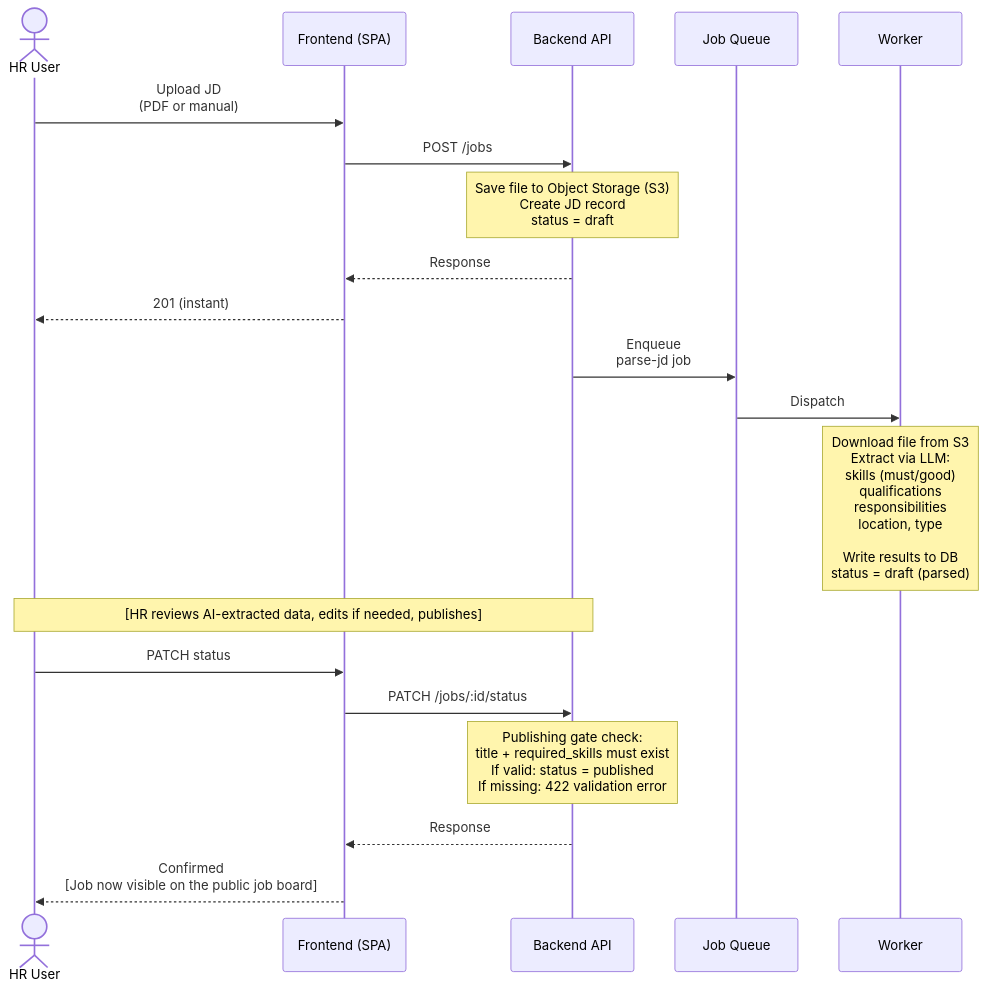
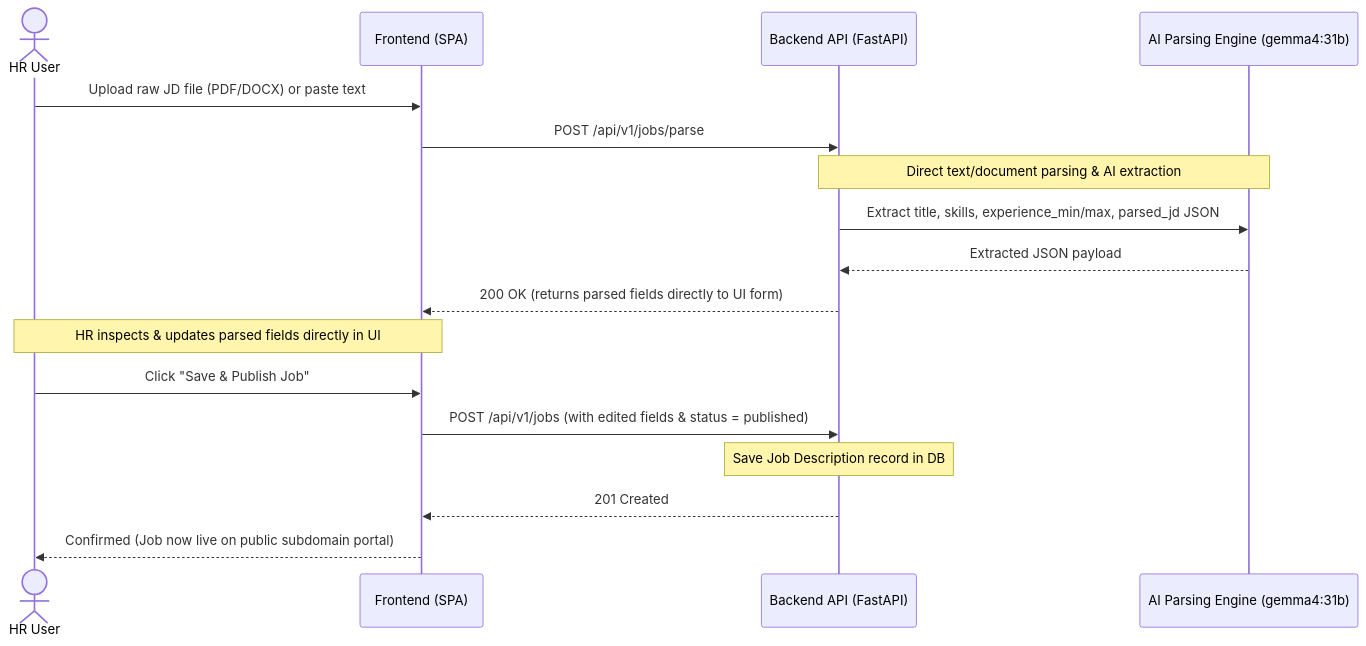
One commit to joshsoftware/EZScreen changed the second of 6 diagrams in docs/architecture/SYSTEM_DESIGN.md. Above: the diagram before and after it, drawn with Mermaid. The commit also changed other lines of this file, not shown here.

Commit message:
update system_design document

````diff
--- a/docs/architecture/SYSTEM_DESIGN.md
+++ b/docs/architecture/SYSTEM_DESIGN.md
@@ -347,25 +370,21 @@
 ```mermaid
 sequenceDiagram
     actor HR as HR User
     participant F as Frontend (SPA)
-    participant B as Backend API
-    participant Q as Job Queue
-    participant W as Worker
+    participant B as Backend API (FastAPI)
+    participant AI as AI Parsing Engine (gemma4:31b)
 
-    HR->>F: Upload JD<br/>(PDF or manual)
-    F->>B: POST /jobs
-    Note over B: Save file to Object Storage (S3)<br>Create JD record<br>status = draft
-    B-->>F: Response
-    F-->>HR: 201 (instant)
+    HR->>F: Upload raw JD file (PDF/DOCX) or paste text
+    F->>B: POST /api/v1/jobs/parse
+    Note over B,AI: Direct text/document parsing & AI extraction
+    B->>AI: Extract title, skills, experience_min/max, parsed_jd JSON
+    AI-->>B: Extracted JSON payload
+    B-->>F: 200 OK (returns parsed fields directly to UI form)
     
-    B->>Q: Enqueue<br>parse-jd job
-    Q->>W: Dispatch
-    Note over W: Download file from S3<br>Extract via LLM:<br>skills (must/good)<br>qualifications<br>responsibilities<br>location, type<br><br>Write results to DB<br>status = draft (parsed)
-    
-    Note over HR,B: [HR reviews AI-extracted data, edits if needed, publishes]
-    HR->>F: PATCH status
-    F->>B: PATCH /jobs/:id/status
-    Note over B: Publishing gate check:<br>title + required_skills must exist<br>If valid: status = published<br>If missing: 422 validation error
-    B-->>F: Response
-    F-->>HR: Confirmed<br>[Job now visible on the public job board]
+    Note over HR,F: HR inspects & updates parsed fields directly in UI
+    HR->>F: Click "Save & Publish Job"
+    F->>B: POST /api/v1/jobs (with edited fields & status = published)
+    Note over B: Save Job Description record in DB
+    B-->>F: 201 Created
+    F-->>HR: Confirmed (Job now live on public subdomain portal)
 ```
````
